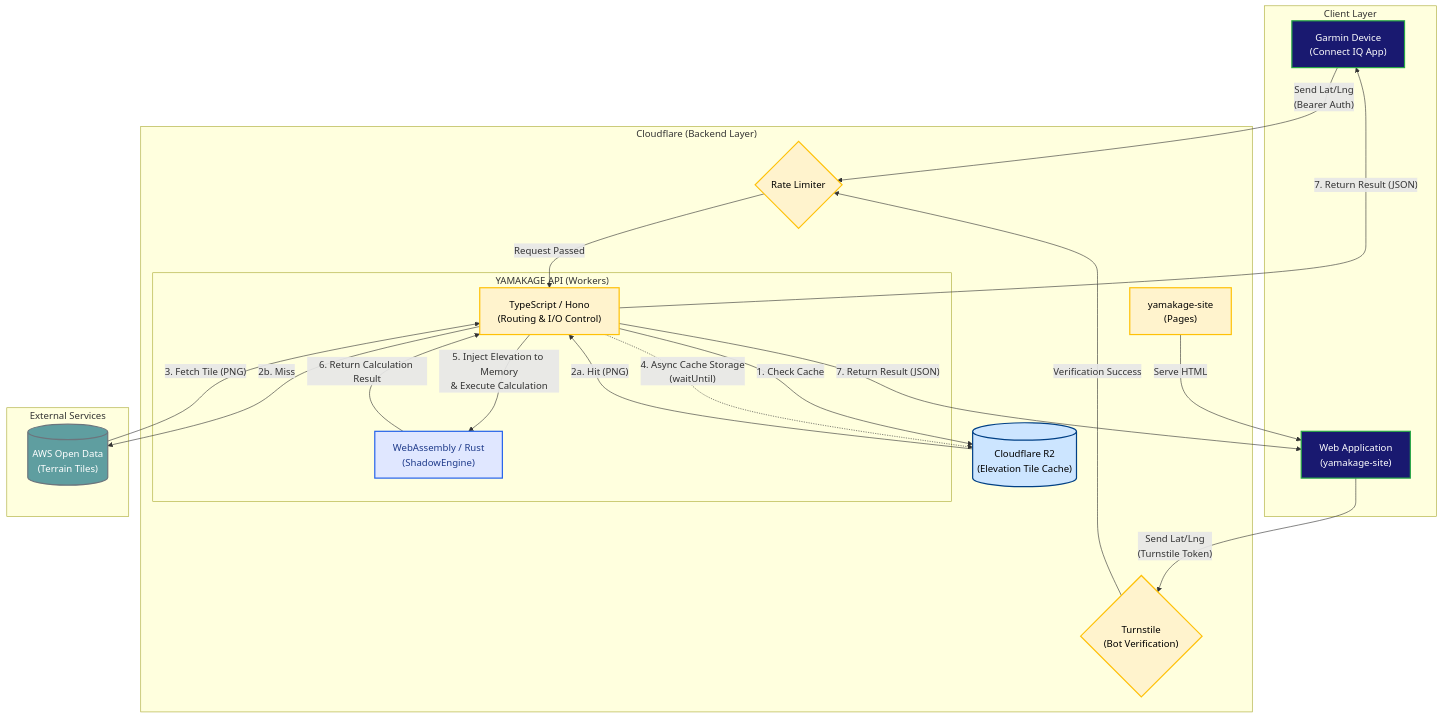
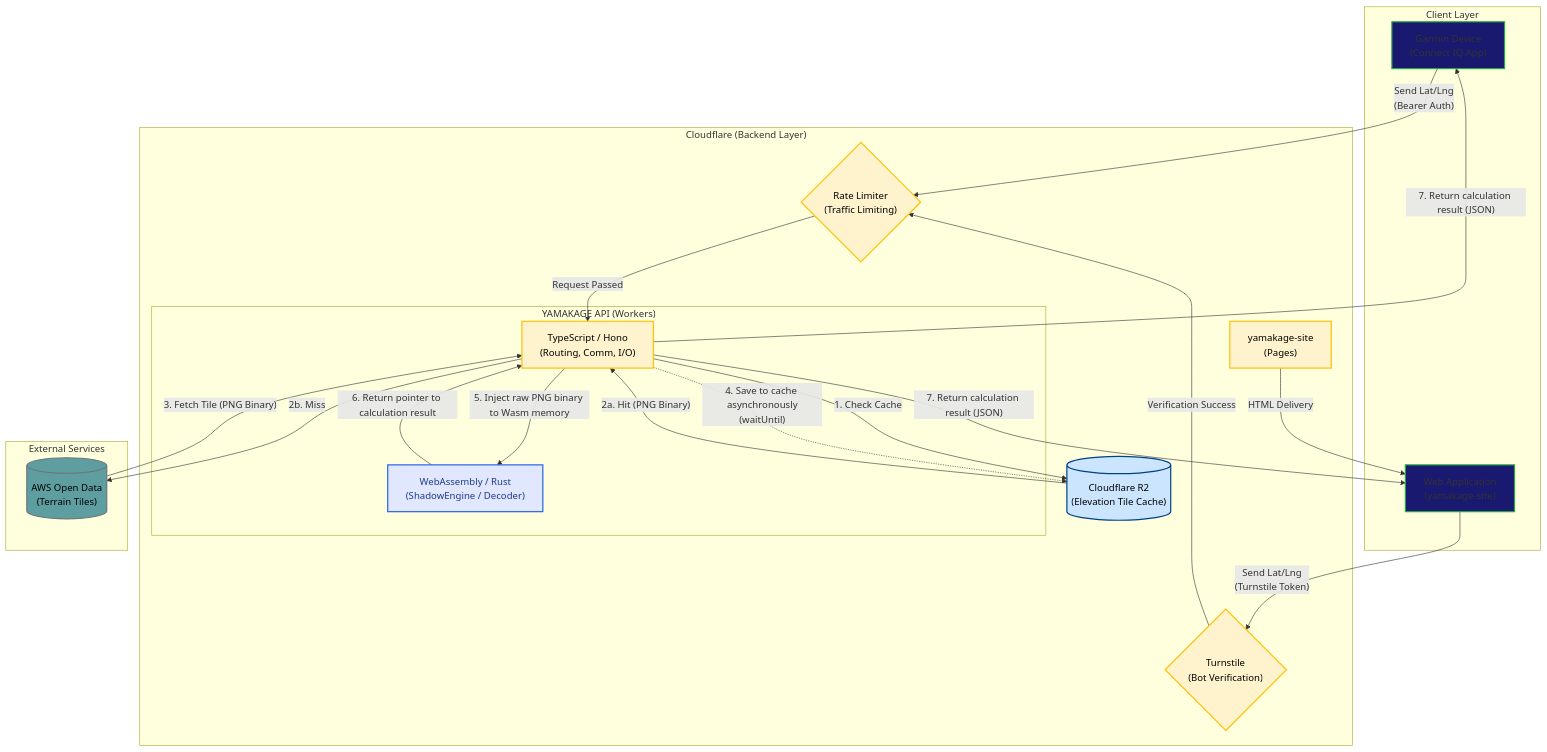
One commit to tomopumipumi/yamakage changed the diagram in docs/architecture/system-context.md. Above: the diagram before and after it, drawn with Mermaid. The commit also changed other lines of this file and 7 other files, not shown here.

````diff
--- a/docs/architecture/system-context.md
+++ b/docs/architecture/system-context.md
@@ -9,49 +9,49 @@
 ```mermaid
 flowchart TB
-    classDef client fill:#191970,stroke:#28a745,stroke-width:2px,color:#fff;
+    classDef client fill:#191970,stroke:#28a745,stroke-width:2px;
     classDef cloudflare fill:#fff3cd,color:#000,stroke:#ffc107,stroke-width:2px;
     classDef wasm fill:#e0e7ff,color:#1e3a8a,stroke:#2563eb,stroke-width:2px;
-    classDef external fill:#5f9ea0,color:#fff,stroke:#6c757d,stroke-width:2px;
+    classDef external fill:#5f9ea0 ,color:#000,stroke:#6c757d,stroke-width:2px;
     classDef database fill:#cce5ff,color:#000,stroke:#004085,stroke-width:2px;
 
     subgraph Clients ["Client Layer"]
         Garmin["Garmin Device\n(Connect IQ App)"]:::client
         Web["Web Application\n(yamakage-site)"]:::client
     end
 
     subgraph Cloudflare ["Cloudflare (Backend Layer)"]
         Turnstile{"Turnstile<br/>(Bot Verification)"}:::cloudflare
-        RateLimiter{"Rate Limiter"}:::cloudflare
+        RateLimiter{"Rate Limiter<br/>(Traffic Limiting)"}:::cloudflare
         
         subgraph API_Layer ["YAMAKAGE API (Workers)"]
-            API["TypeScript / Hono<br/>(Routing & I/O Control)"]:::cloudflare
-            WASM["WebAssembly / Rust<br/>(ShadowEngine)"]:::wasm
+            API["TypeScript / Hono<br/>(Routing, Comm, I/O)"]:::cloudflare
+            WASM["WebAssembly / Rust<br/>(ShadowEngine / Decoder)"]:::wasm
         end
 
         R2[("Cloudflare R2<br/>(Elevation Tile Cache)")]:::database
         Pages["yamakage-site<br/>(Pages)"]:::cloudflare
     end
 
     subgraph External ["External Services"]
         AWS[("AWS Open Data<br/>(Terrain Tiles)")]:::external
     end
 
     Garmin -- "Send Lat/Lng<br/>(Bearer Auth)" --> RateLimiter
     Web -- "Send Lat/Lng<br/>(Turnstile Token)" --> Turnstile
     Turnstile -- "Verification Success" --> RateLimiter
     RateLimiter -- "Request Passed" --> API
-    Pages -- "Serve HTML" --> Web
+    Pages -- "HTML Delivery" --> Web
 
     API -- "1. Check Cache" --> R2
-    R2 -- "2a. Hit (PNG)" --> API
+    R2 -- "2a. Hit (PNG Binary)" --> API
     API -- "2b. Miss" --> AWS
-    AWS -- "3. Fetch Tile (PNG)" --> API
-    API -. "4. Async Cache Storage<br/>(waitUntil)" .-> R2
+    AWS -- "3. Fetch Tile (PNG Binary)" --> API
+    API -. "4. Save to cache asynchronously<br/>(waitUntil)" .-> R2
 
-    API -- "5. Inject Elevation to Memory<br/>& Execute Calculation" --> WASM
-    WASM -- "6. Return Calculation Result" --> API
+    API -- "5. Inject raw PNG binary to Wasm memory" --> WASM
+    WASM -- "6. Return pointer to calculation result" --> API
     
-    API -- "7. Return Result (JSON)" --> Garmin
-    API -- "7. Return Result (JSON)" --> Web
+    API -- "7. Return calculation result (JSON)" --> Garmin
+    API -- "7. Return calculation result (JSON)" --> Web
 
 ```
````
